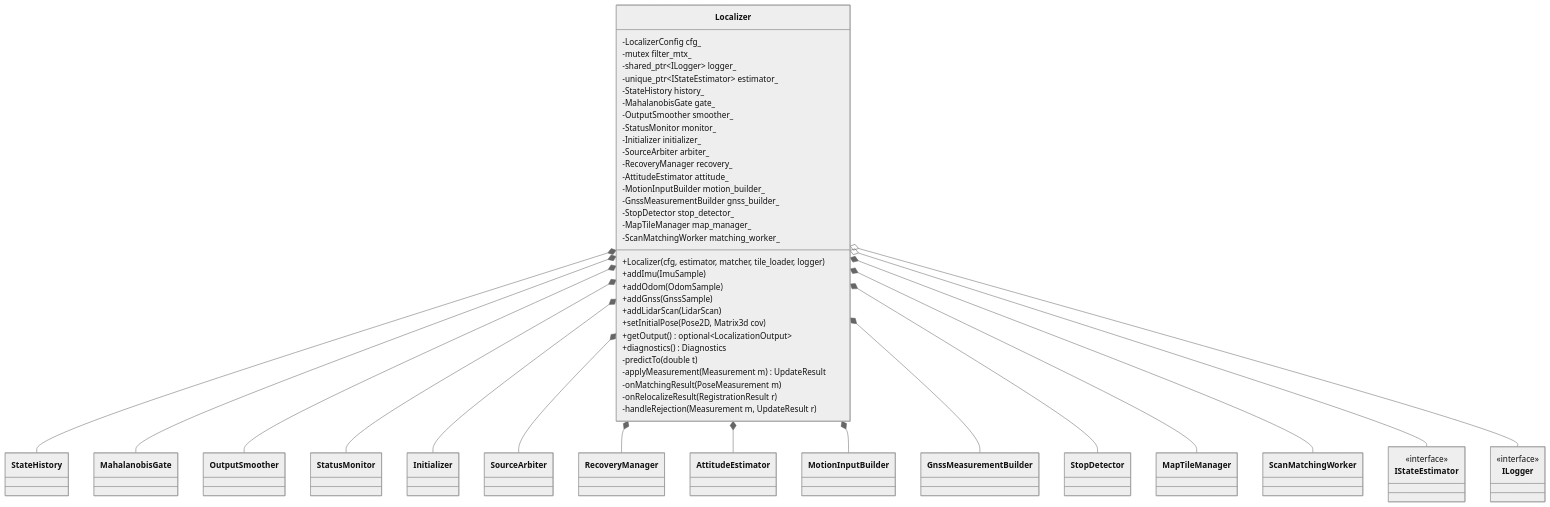
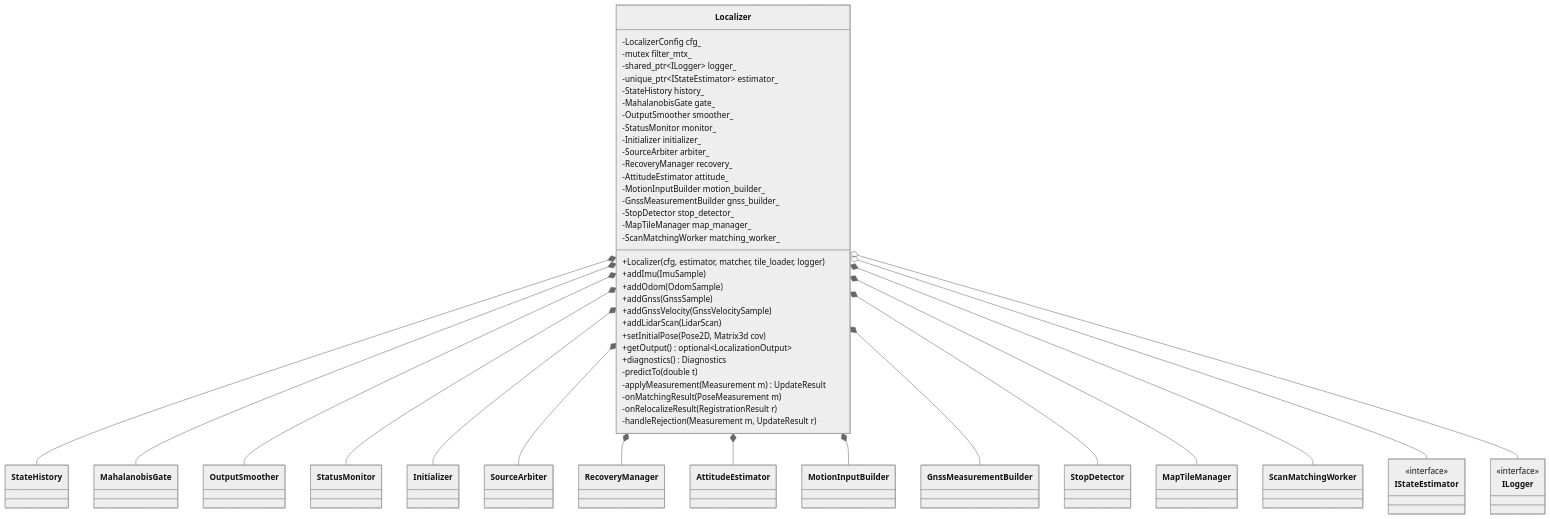
One commit to mamoru1126/gnss_and_lidar_localization changed the fourth of 12 diagrams in docs/architecture.md. Above: the diagram before and after it, drawn with Mermaid (neutral theme). The commit also changed other lines of this file and 1 other file, not shown here.

First line of the commit message:
docs: GNSS 入力を sensor_msgs/NavSatFix に変更（設計書 v0.5）

````diff
--- a/docs/architecture.md
+++ b/docs/architecture.md
@@ -280,73 +280,74 @@
 ```mermaid
 classDiagram
   direction TB
 
   class Localizer {
     -LocalizerConfig cfg_
     -mutex filter_mtx_
     -shared_ptr~ILogger~ logger_
     -unique_ptr~IStateEstimator~ estimator_
     -StateHistory history_
     -MahalanobisGate gate_
     -OutputSmoother smoother_
     -StatusMonitor monitor_
     -Initializer initializer_
     -SourceArbiter arbiter_
     -RecoveryManager recovery_
     -AttitudeEstimator attitude_
     -MotionInputBuilder motion_builder_
     -GnssMeasurementBuilder gnss_builder_
     -StopDetector stop_detector_
     -MapTileManager map_manager_
     -ScanMatchingWorker matching_worker_
     +Localizer(cfg, estimator, matcher, tile_loader, logger)
     +addImu(ImuSample)
     +addOdom(OdomSample)
     +addGnss(GnssSample)
+    +addGnssVelocity(GnssVelocitySample)
     +addLidarScan(LidarScan)
     +setInitialPose(Pose2D, Matrix3d cov)
     +getOutput() optional~LocalizationOutput~
     +diagnostics() Diagnostics
     -predictTo(double t)
     -applyMeasurement(Measurement m) UpdateResult
     -onMatchingResult(PoseMeasurement m)
     -onRelocalizeResult(RegistrationResult r)
     -handleRejection(Measurement m, UpdateResult r)
   }
 
   class IStateEstimator {
     <<interface>>
   }
   class StateHistory
   class MahalanobisGate
   class OutputSmoother
   class StatusMonitor
   class Initializer
   class SourceArbiter
   class RecoveryManager
   class AttitudeEstimator
   class MotionInputBuilder
   class GnssMeasurementBuilder
   class StopDetector
   class MapTileManager
   class ScanMatchingWorker
   class ILogger {
     <<interface>>
   }
 
   Localizer *-- StateHistory
   Localizer *-- MahalanobisGate
   Localizer *-- OutputSmoother
   Localizer *-- StatusMonitor
   Localizer *-- Initializer
   Localizer *-- SourceArbiter
   Localizer *-- RecoveryManager
   Localizer *-- AttitudeEstimator
   Localizer *-- MotionInputBuilder
   Localizer *-- GnssMeasurementBuilder
   Localizer *-- StopDetector
   Localizer *-- MapTileManager
   Localizer *-- ScanMatchingWorker
   Localizer o-- IStateEstimator
   Localizer o-- ILogger
 ```
````
